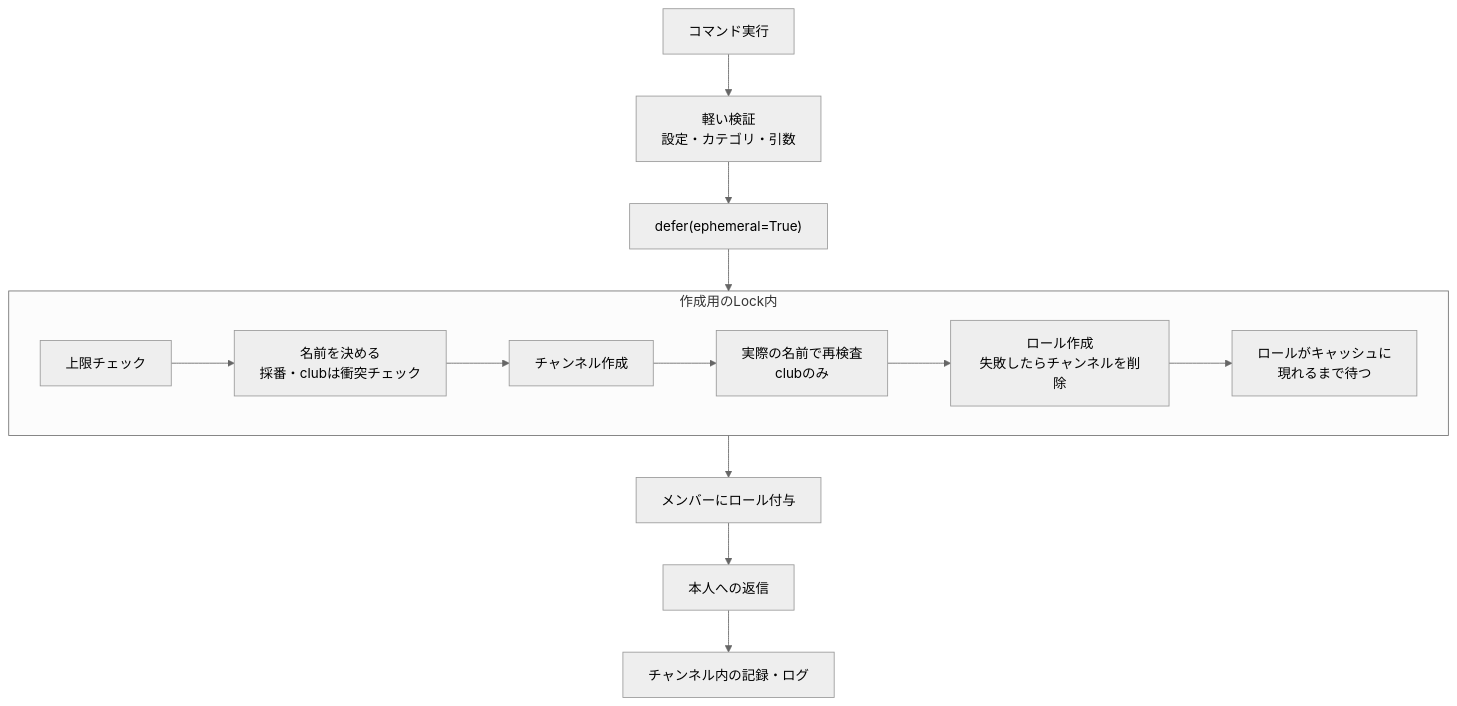
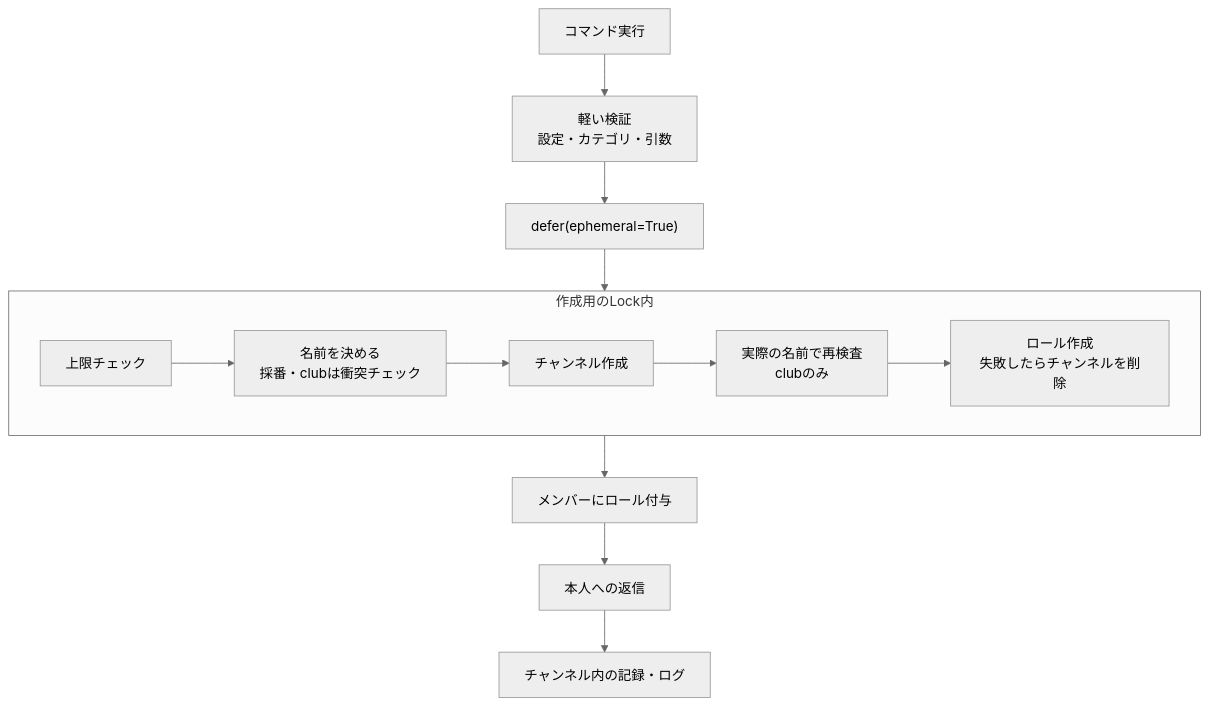
The diagram in docs/ARCHITECTURE.md (TECH-C-InTech/intech-discord-bot), drawn with Mermaid (neutral theme) before and after one commit. The commit also changed other lines of this file and 16 other files, not shown here.

````diff
--- a/docs/ARCHITECTURE.md
+++ b/docs/ARCHITECTURE.md
@@ -206,16 +206,15 @@
 ```mermaid
 flowchart TD
     A[コマンド実行] --> B[軽い検証<br/>設定・カテゴリ・引数]
     B --> C["defer(ephemeral=True)"]
     C --> L
     subgraph L[作成用のLock内]
         D[上限チェック] --> E[名前を決める<br/>採番・clubは衝突チェック]
         E --> F[チャンネル作成]
         F --> G[実際の名前で再検査<br/>clubのみ]
         G --> H[ロール作成<br/>失敗したらチャンネルを削除]
-        H --> I[ロールがキャッシュに<br/>現れるまで待つ]
     end
     L --> J[メンバーにロール付与]
     J --> K[本人への返信]
     K --> M[チャンネル内の記録・ログ]
 ```
````
